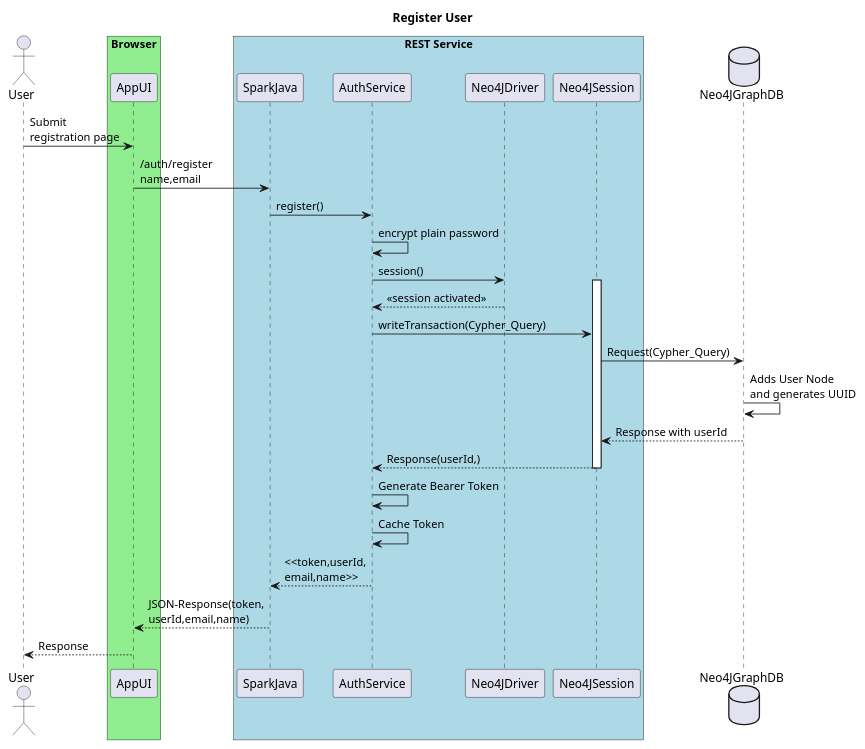
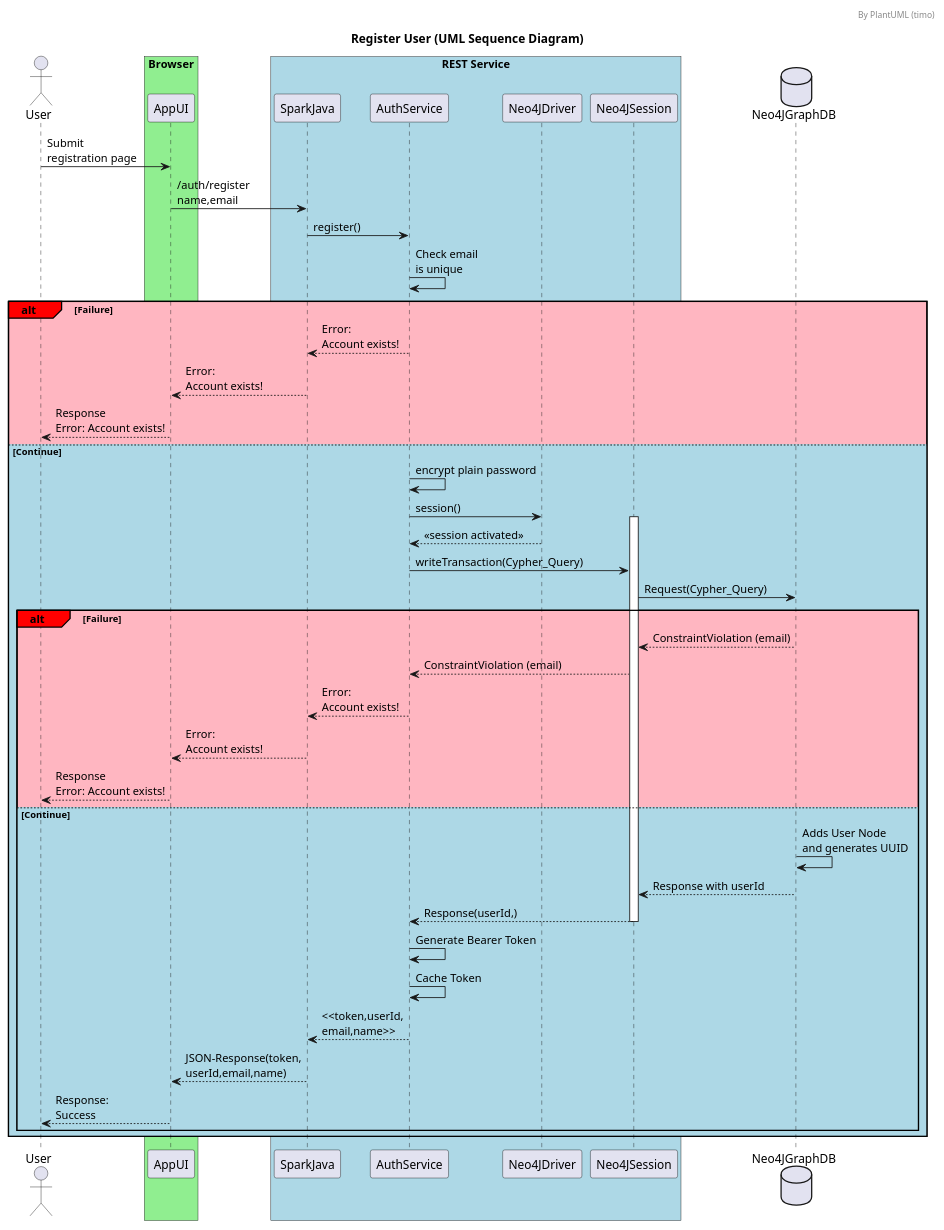
The diagram in neo4j/java/project_1/app-java-main/docs/register-user.puml (ozdemirht/study), drawn with PlantUML before and after one commit. The commit also changed 3 other files, not shown here.

Commit message:
updated UML Sequence diagram

```diff
--- a/neo4j/java/project_1/app-java-main/docs/register-user.puml
+++ b/neo4j/java/project_1/app-java-main/docs/register-user.puml
@@ -1,40 +1,65 @@
 @startuml
 
-title "Register User"
+title "Register User (UML Sequence Diagram)"
+header By PlantUML (timo)
 
 actor User as User
 
 box "Browser" #LightGreen
 participant AppUI as AppUI
 end box
 
 box "REST Service" #LightBlue
 participant SparkJava as SparkJava
 participant AuthService as AuthService
 participant Neo4JDriver as Neo4JDriver
 participant Neo4JSession as Neo4JSession
 end box
 
 database Neo4JGraphDB as Neo4JGraphDB
 
 User -> AppUI: Submit \nregistration page
 AppUI -> SparkJava: /auth/register\nname,email
 SparkJava -> AuthService : register()
+AuthService -> AuthService : Check email \nis unique
+
+alt#Red #LightPink Failure
+
+AuthService --> SparkJava : Error: \nAccount exists!
+SparkJava --> AppUI: Error: \nAccount exists!
+AppUI --> User: Response \nError: Account exists!
+
+else #LightBlue Continue
+
 AuthService -> AuthService : encrypt plain password
 AuthService -> Neo4JDriver : session()
 activate Neo4JSession
 Neo4JDriver-->AuthService : <<session activated>>
 
 AuthService -> Neo4JSession : writeTransaction(Cypher_Query)
 Neo4JSession -> Neo4JGraphDB: Request(Cypher_Query)
+
+alt#Red #LightPink Failure
+
+Neo4JGraphDB --> Neo4JSession: ConstraintViolation (email)
+Neo4JSession --> AuthService:  ConstraintViolation (email)
+
+AuthService --> SparkJava : Error: \nAccount exists!
+SparkJava --> AppUI: Error: \nAccount exists!
+AppUI --> User: Response \nError: Account exists!
+
+else #LightBlue Continue
 Neo4JGraphDB -> Neo4JGraphDB: Adds User Node \nand generates UUID
 Neo4JGraphDB --> Neo4JSession: Response with userId
 Neo4JSession --> AuthService:  Response(userId,)
 deactivate Neo4JSession
 AuthService -> AuthService : Generate Bearer Token
 AuthService -> AuthService : Cache Token
 AuthService --> SparkJava : <<token,userId,\nemail,name>>
 SparkJava --> AppUI: JSON-Response(token,\nuserId,email,name)
-AppUI --> User: Response
+AppUI --> User: Response: \nSuccess
+
+end
+end
 
 @enduml
```
